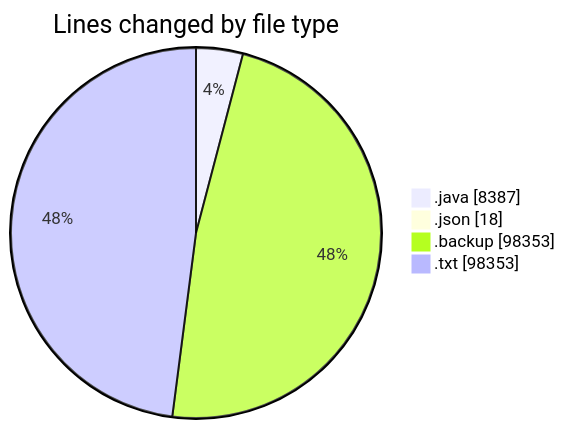
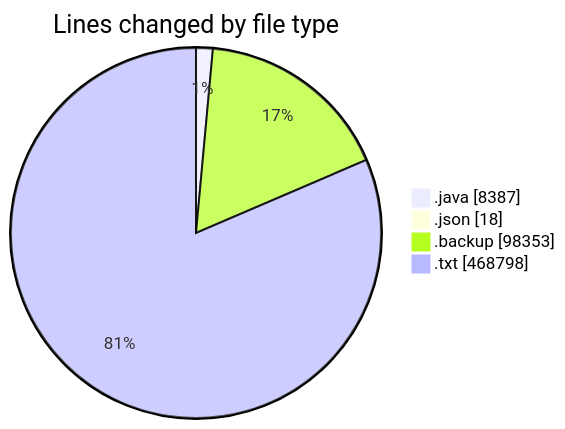
One commit to ricardozamudiocil/code-tracking changed the first of 2 diagrams in 2026-11-17/cilapp/README.md. Above: the diagram before and after it, drawn with Mermaid. The commit also changed other lines of this file and 1 other file, not shown here.

````diff
--- a/2026-11-17/cilapp/README.md
+++ b/2026-11-17/cilapp/README.md
@@ -27,8 +28,8 @@
 ```mermaid
 pie showData
 title Lines changed by file type
 ".java" : 8387
 ".json" : 18
 ".backup" : 98353
-".txt" : 98353
+".txt" : 468798
 ```
````
